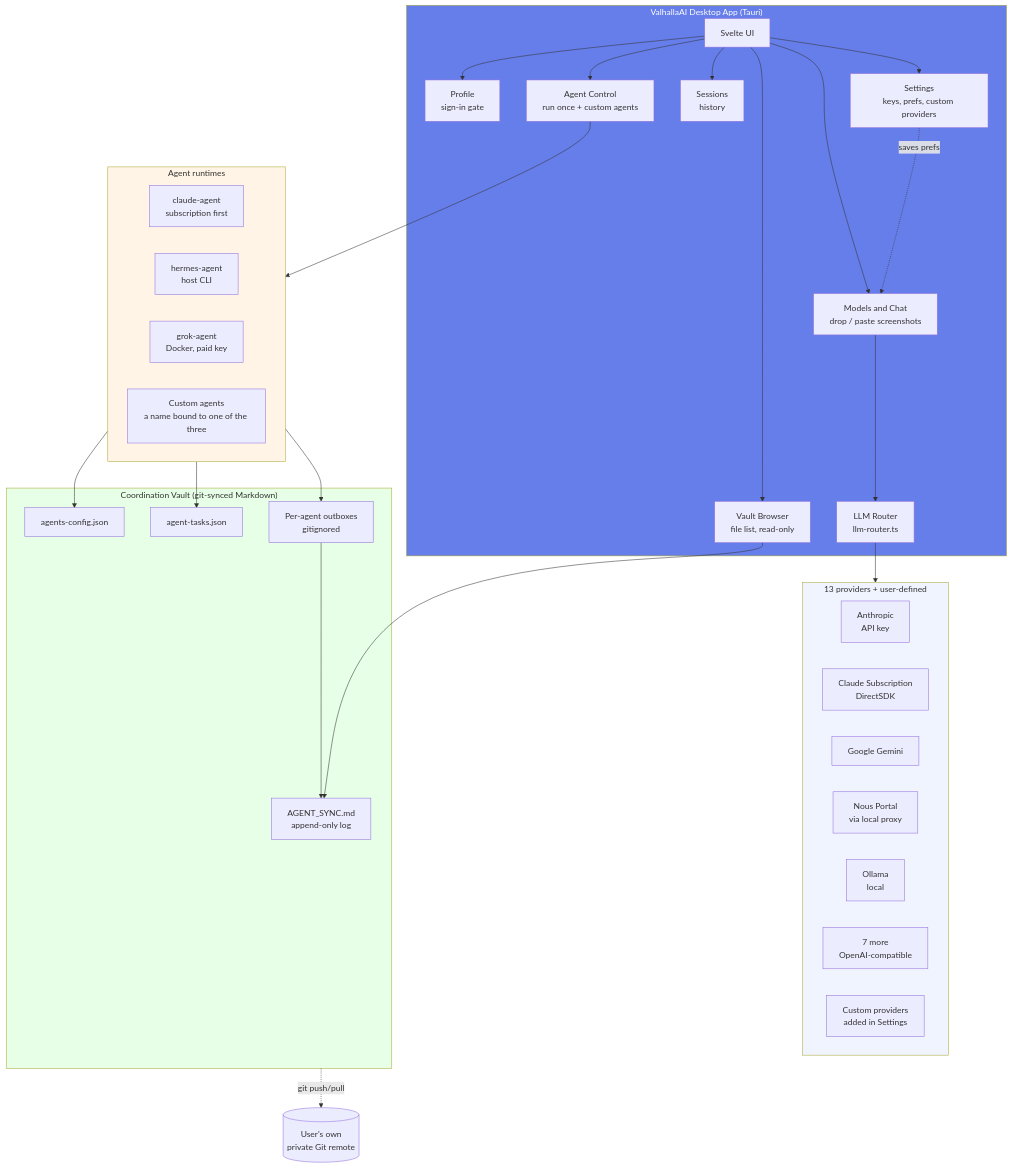
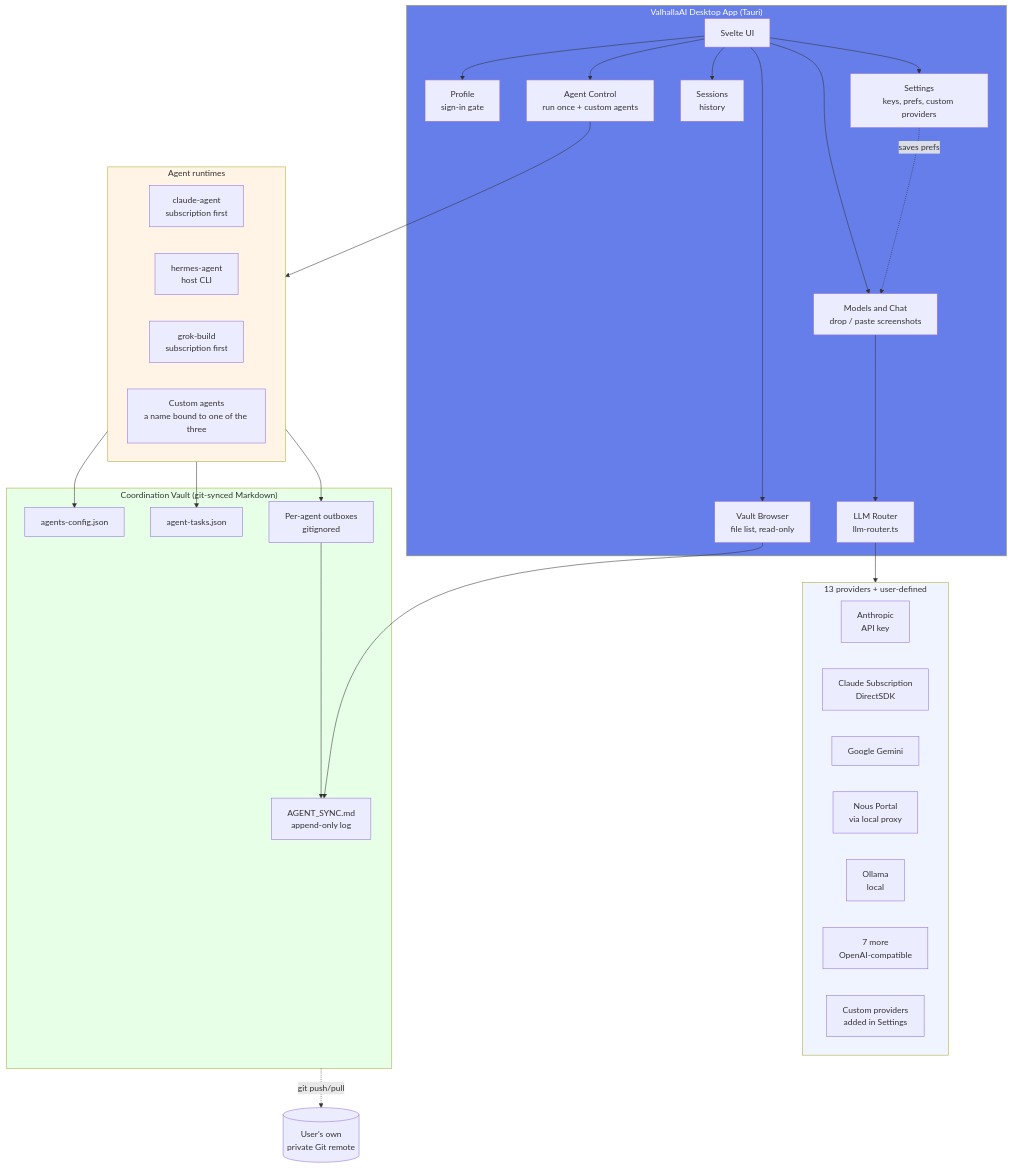
Before and after one commit to jacobcowanr/ValhallaAI: the first of 7 diagrams in ARCHITECTURE.md, drawn with Mermaid. The commit also changed other lines of this file and 10 other files, not shown here.

````diff
--- a/ARCHITECTURE.md
+++ b/ARCHITECTURE.md
@@ -17,64 +17,64 @@
 ```mermaid
 graph TB
     subgraph Desktop["ValhallaAI Desktop App (Tauri)"]
         UI[Svelte UI]
         Profile[Profile<br/>sign-in gate]
         Settings[Settings<br/>keys, prefs, custom providers]
         ModelPicker[Models and Chat<br/>drop / paste screenshots]
         Sessions[Sessions<br/>history]
         VaultBrowser[Vault Browser<br/>file list, read-only]
         AgentControl[Agent Control<br/>run once + custom agents]
         Router[LLM Router<br/>llm-router.ts]
     end
 
     subgraph Providers["13 providers + user-defined"]
         direction LR
         P1[Anthropic<br/>API key]
         P2[Claude Subscription<br/>DirectSDK]
         P3[Google Gemini]
         P4[Nous Portal<br/>via local proxy]
         P5[Ollama<br/>local]
         P6[7 more<br/>OpenAI-compatible]
         P7[Custom providers<br/>added in Settings]
     end
 
     subgraph Runtime["Agent runtimes"]
         direction LR
         A1[claude-agent<br/>subscription first]
         A2[hermes-agent<br/>host CLI]
-        A3[grok-agent<br/>Docker, paid key]
+        A3[grok-build<br/>subscription first]
         A4[Custom agents<br/>a name bound to one of the three]
     end
 
     subgraph Vault["Coordination Vault (git-synced Markdown)"]
         Sync[AGENT_SYNC.md<br/>append-only log]
         Config[agents-config.json]
         Tasks[agent-tasks.json]
         Outbox[Per-agent outboxes<br/>gitignored]
     end
 
     UI --> Profile
     UI --> Settings
     UI --> ModelPicker
     UI --> Sessions
     UI --> VaultBrowser
     UI --> AgentControl
 
     ModelPicker --> Router
     Settings -.saves prefs.-> ModelPicker
     Router --> Providers
 
     AgentControl --> Runtime
     Runtime --> Outbox
     Runtime --> Config
     Runtime --> Tasks
     Outbox --> Sync
     VaultBrowser --> Sync
 
     Vault -. git push/pull .-> RemoteGit[(User's own<br/>private Git remote)]
 
     style Desktop fill:#667eea,color:#fff
     style Providers fill:#f0f4ff
     style Runtime fill:#fff4e6
     style Vault fill:#e6ffe6
 ```
````
